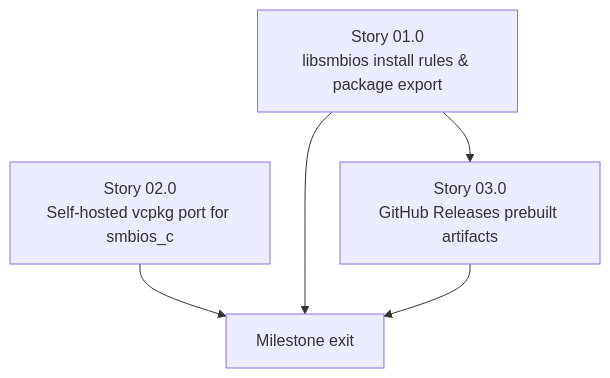
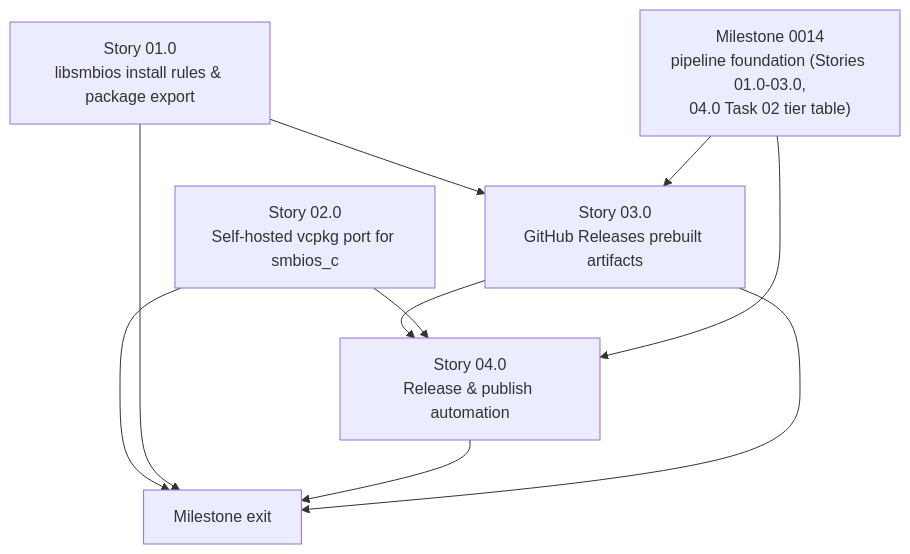
One commit to yuchdev/SmbiosUtil changed the diagram in docs/roadmap/0012-package-manager-distribution/plan.md. Above: the diagram before and after it, drawn with Mermaid. The commit also changed other lines of this file and 20 other files, not shown here.

````diff
--- a/docs/roadmap/0012-package-manager-distribution/plan.md
+++ b/docs/roadmap/0012-package-manager-distribution/plan.md
@@ -241,7 +278,12 @@
 ```mermaid
 flowchart TD
     A["Story 01.0<br/>libsmbios install rules &amp; package export"] --> C["Story 03.0<br/>GitHub Releases prebuilt artifacts"]
     B["Story 02.0<br/>Self-hosted vcpkg port for smbios_c"] --> M["Milestone exit"]
     A --> M
+    C --> D["Story 04.0<br/>Release &amp; publish automation"]
+    B --> D
+    D --> M
     C --> M
+    F["Milestone 0014<br/>pipeline foundation (Stories 01.0-03.0,<br/>04.0 Task 02 tier table)"] --> C
+    F --> D
 ```
````
